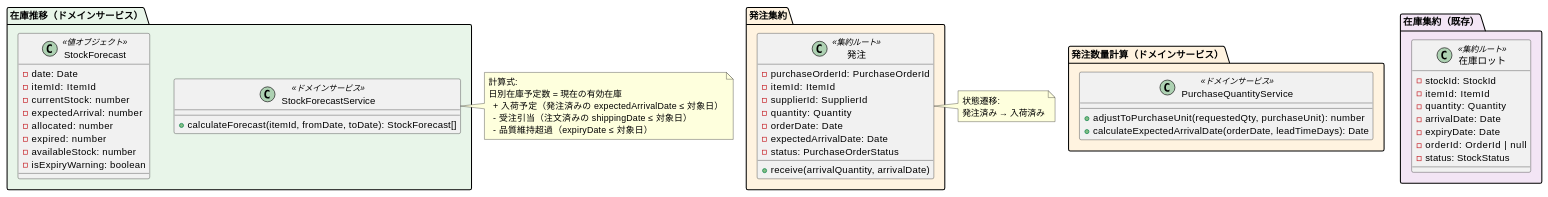
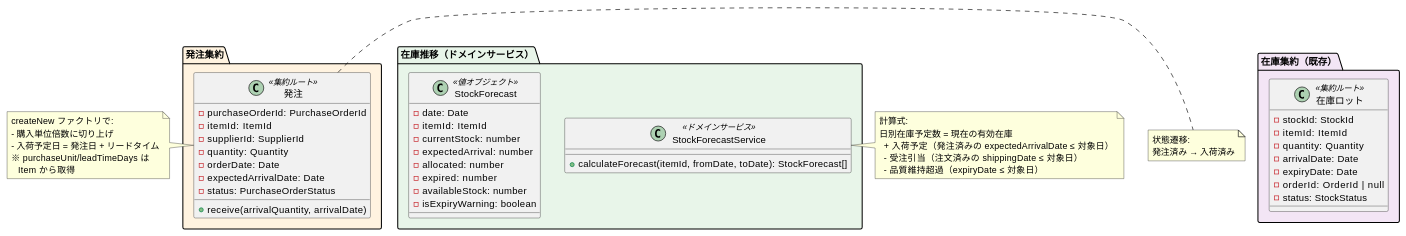
One commit to k2works/case-study-sdd-development changed the second of 5 diagrams in docs/development/iteration_plan-3.md. Above: the diagram before and after it, drawn with PlantUML. The commit also changed other lines of this file, not shown here.

````diff
--- a/docs/development/iteration_plan-3.md
+++ b/docs/development/iteration_plan-3.md
@@ -192,64 +212,65 @@
 ```plantuml
 @startuml
 package "在庫推移（ドメインサービス）" #E8F5E9 {
   class StockForecastService <<ドメインサービス>> {
     + calculateForecast(itemId, fromDate, toDate): StockForecast[]
   }
   class StockForecast <<値オブジェクト>> {
     - date: Date
     - itemId: ItemId
     - currentStock: number
     - expectedArrival: number
     - allocated: number
     - expired: number
     - availableStock: number
     - isExpiryWarning: boolean
   }
 }
 
 package "発注集約" #FFF3E0 {
   class 発注 <<集約ルート>> {
     - purchaseOrderId: PurchaseOrderId
     - itemId: ItemId
     - supplierId: SupplierId
     - quantity: Quantity
     - orderDate: Date
     - expectedArrivalDate: Date
     - status: PurchaseOrderStatus
     + receive(arrivalQuantity, arrivalDate)
   }
 }
 
-package "発注数量計算（ドメインサービス）" #FFF3E0 {
-  class PurchaseQuantityService <<ドメインサービス>> {
-    + adjustToPurchaseUnit(requestedQty, purchaseUnit): number
-    + calculateExpectedArrivalDate(orderDate, leadTimeDays): Date
-  }
-}
+note left of 発注
+  createNew ファクトリで:
+  - 購入単位倍数に切り上げ
+  - 入荷予定日 = 発注日 + リードタイム
+  ※ purchaseUnit/leadTimeDays は
+     Item から取得
+end note
 
 package "在庫集約（既存）" #F3E5F5 {
   class 在庫ロット <<集約ルート>> {
     - stockId: StockId
     - itemId: ItemId
     - quantity: Quantity
     - arrivalDate: Date
     - expiryDate: Date
     - orderId: OrderId | null
     - status: StockStatus
   }
 }
 
 note right of StockForecastService
   計算式:
   日別在庫予定数 = 現在の有効在庫
     + 入荷予定（発注済みの expectedArrivalDate ≤ 対象日）
     - 受注引当（注文済みの shippingDate ≤ 対象日）
     - 品質維持超過（expiryDate ≤ 対象日）
 end note
 
 note right of 発注
   状態遷移:
   発注済み → 入荷済み
 end note
 @enduml
 ```
````
